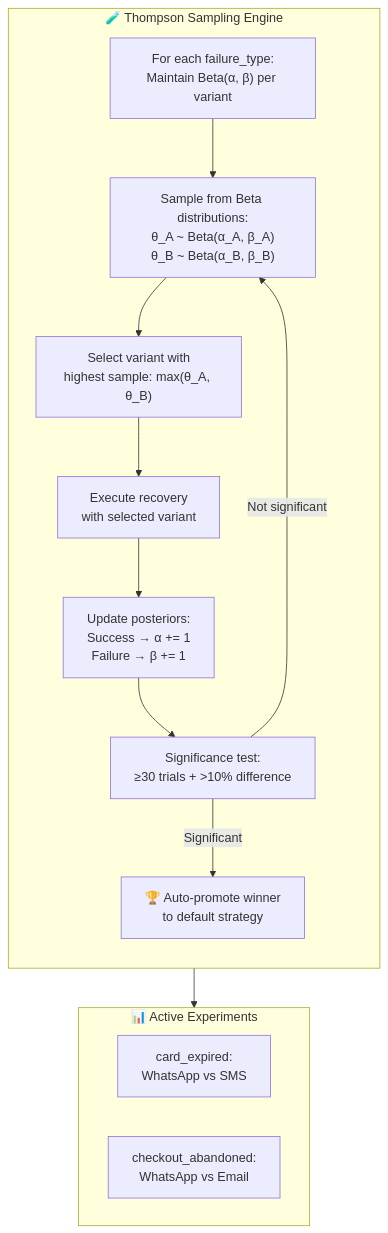
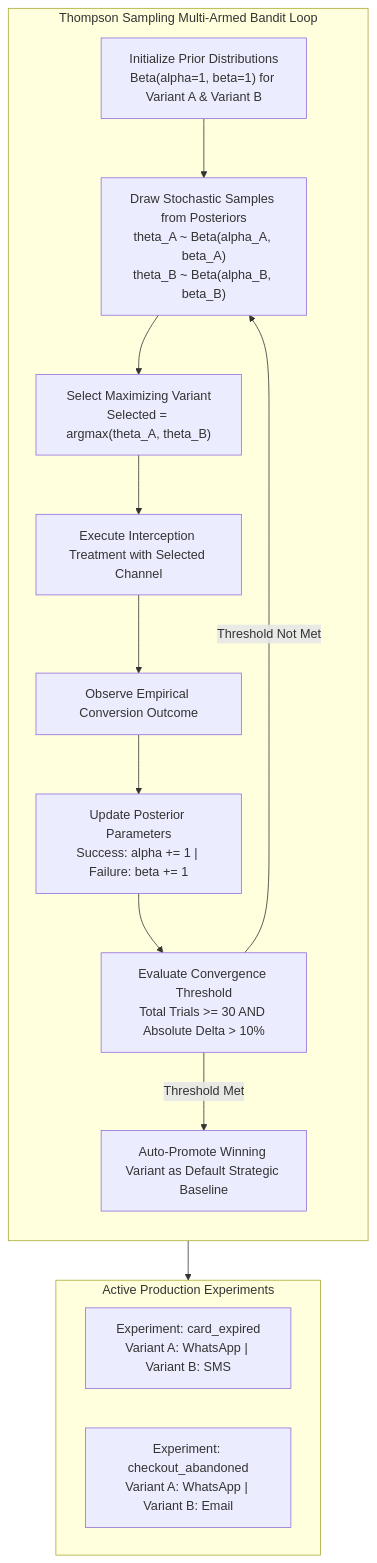
Before and after one commit to Gagan202005/recover-ai: the eighth of 10 diagrams in README.md, drawn with Mermaid. The commit also changed other lines of this file, not shown here.

````diff
--- a/README.md
+++ b/README.md
@@ -559,24 +532,25 @@
 ```mermaid
 flowchart TB
-    subgraph Engine["🧪 Thompson Sampling Engine"]
+    subgraph Engine["Thompson Sampling Multi-Armed Bandit Loop"]
         direction TB
-        Init["For each failure_type:<br/>Maintain Beta(α, β) per variant"]
-        Sample["Sample from Beta distributions:<br/>θ_A ~ Beta(α_A, β_A)<br/>θ_B ~ Beta(α_B, β_B)"]
-        Select["Select variant with<br/>highest sample: max(θ_A, θ_B)"]
-        Execute["Execute recovery<br/>with selected variant"]
-        Update["Update posteriors:<br/>Success → α += 1<br/>Failure → β += 1"]
-        Sig["Significance test:<br/>≥30 trials + >10% difference"]
-        Winner["🏆 Auto-promote winner<br/>to default strategy"]
+        Init["Initialize Prior Distributions<br/>Beta(alpha=1, beta=1) for Variant A & Variant B"]
+        Sample["Draw Stochastic Samples from Posteriors<br/>theta_A ~ Beta(alpha_A, beta_A)<br/>theta_B ~ Beta(alpha_B, beta_B)"]
+        Select["Select Maximizing Variant<br/>Selected = argmax(theta_A, theta_B)"]
+        Execute["Execute Interception Treatment with Selected Channel"]
+        Observe["Observe Empirical Conversion Outcome"]
+        Update["Update Posterior Parameters<br/>Success: alpha += 1 | Failure: beta += 1"]
+        Sig["Evaluate Convergence Threshold<br/>Total Trials >= 30 AND Absolute Delta > 10%"]
+        Winner["Auto-Promote Winning Variant as Default Strategic Baseline"]
 
-        Init --> Sample --> Select --> Execute --> Update --> Sig
-        Sig -->|Not significant| Sample
-        Sig -->|Significant| Winner
+        Init --> Sample --> Select --> Execute --> Observe --> Update --> Sig
+        Sig -->|Threshold Not Met| Sample
+        Sig -->|Threshold Met| Winner
     end
 
-    subgraph Experiments["📊 Active Experiments"]
-        E1["card_expired:<br/>WhatsApp vs SMS"]
-        E2["checkout_abandoned:<br/>WhatsApp vs Email"]
+    subgraph ActiveExperiments["Active Production Experiments"]
+        E1["Experiment: card_expired<br/>Variant A: WhatsApp | Variant B: SMS"]
+        E2["Experiment: checkout_abandoned<br/>Variant A: WhatsApp | Variant B: Email"]
     end
 
-    Engine --> Experiments
+    Engine --> ActiveExperiments
 ```
````
